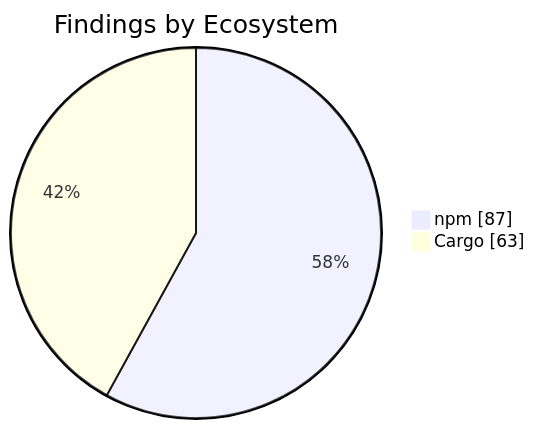
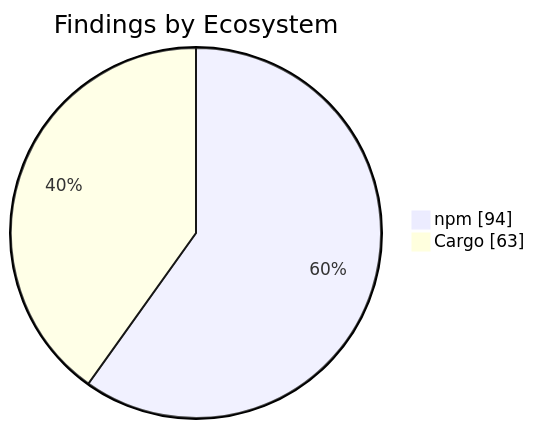
Before and after one commit to KBVE/kbve: the second of 2 diagrams in apps/kbve/astro-kbve/src/content/docs/dashboard/security.mdx, drawn with Mermaid. The commit also changed other lines of this file and 1 other file, not shown here.

````diff
--- a/apps/kbve/astro-kbve/src/content/docs/dashboard/security.mdx
+++ b/apps/kbve/astro-kbve/src/content/docs/dashboard/security.mdx
@@ -159,6 +159,6 @@
 ```mermaid
 pie showData
     title Findings by Ecosystem
-    "npm" : 87
+    "npm" : 94
     "Cargo" : 63
 ```
````
